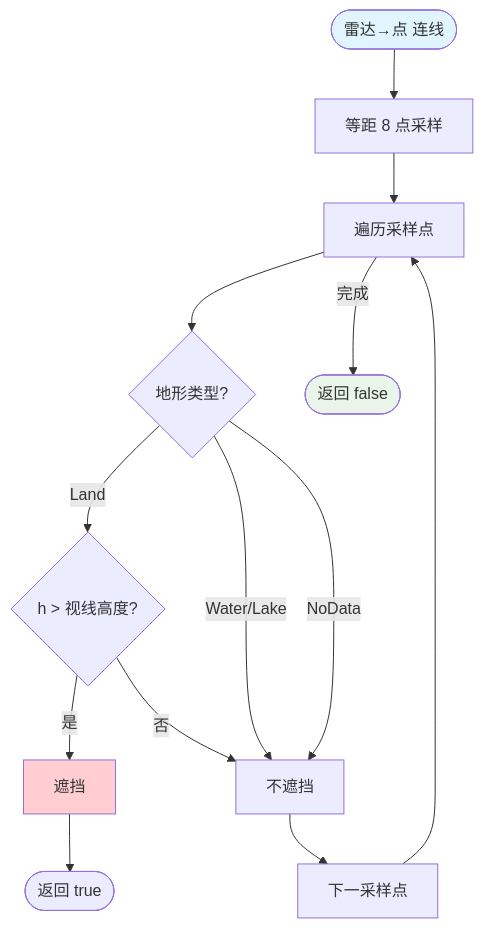
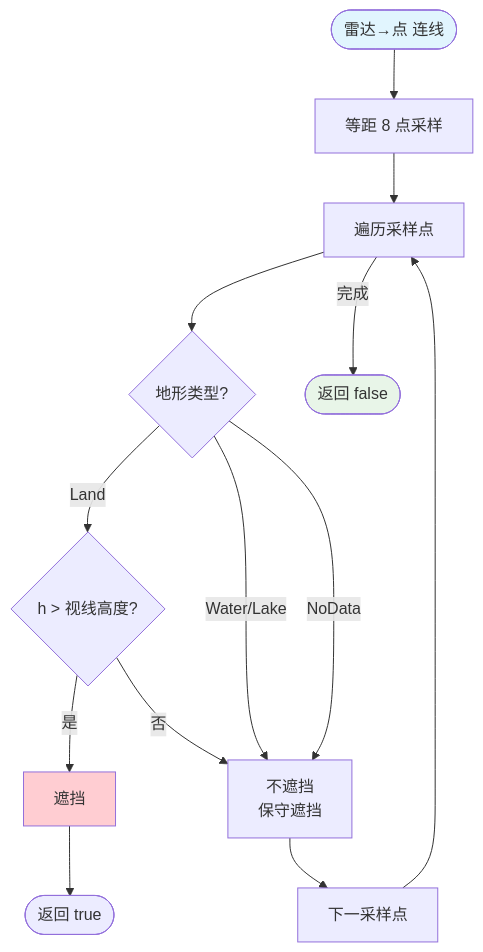
Before and after one commit to hllshiro/aircraft-router-planner: the third of 3 diagrams in docs/algorithms/03-威胁模型.md, drawn with Mermaid. The commit also changed other lines of this file and 11 other files, not shown here.

````diff
--- a/docs/algorithms/03-威胁模型.md
+++ b/docs/algorithms/03-威胁模型.md
@@ -129,23 +100,23 @@
 ```mermaid
 flowchart TD
     START([雷达→点 连线]) --> SAMPLE[等距 8 点采样]
     SAMPLE --> CHECK[遍历采样点]
 
     CHECK --> TERRAIN{地形类型?}
     TERRAIN -->|Land| ALT{h > 视线高度?}
     TERRAIN -->|Water/Lake| PASS[不遮挡]
-    TERRAIN -->|NoData| PASS
+    TERRAIN -->|NoData| PASS[不遮挡<br>保守遮挡]
 
     ALT -->|是| BLOCK[遮挡]
     ALT -->|否| PASS
 
     PASS --> NEXT[下一采样点]
     BLOCK --> RESULT([返回 true])
 
     NEXT --> CHECK
     CHECK -->|完成| NOBLOCK([返回 false])
 
     style START fill:#e1f5fe
     style BLOCK fill:#ffcdd2
     style NOBLOCK fill:#e8f5e8
 ```
````
